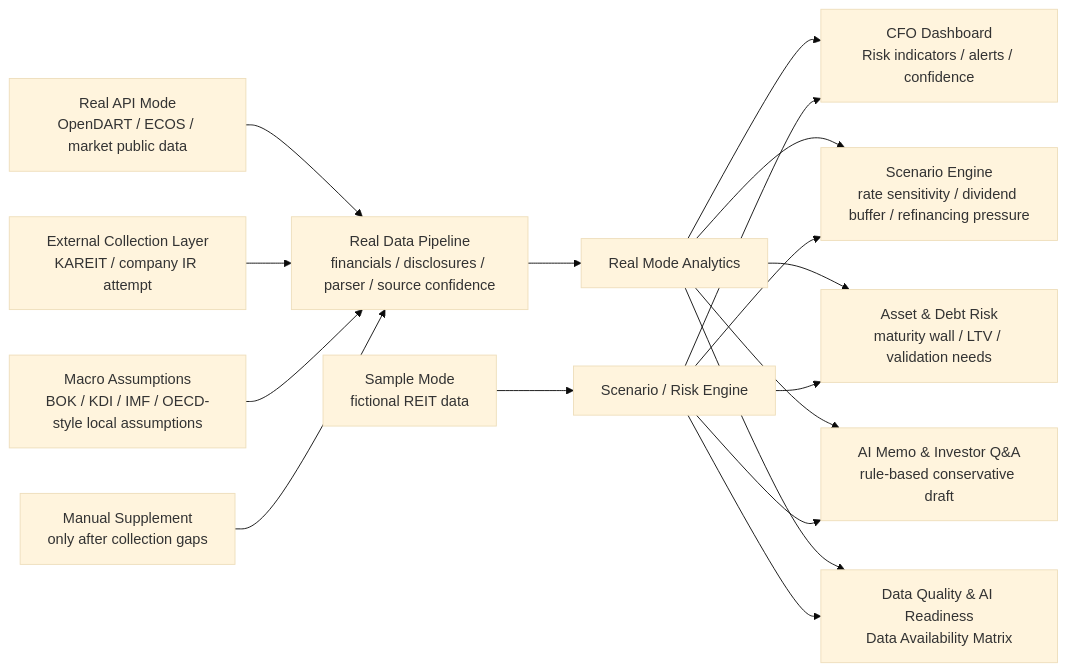
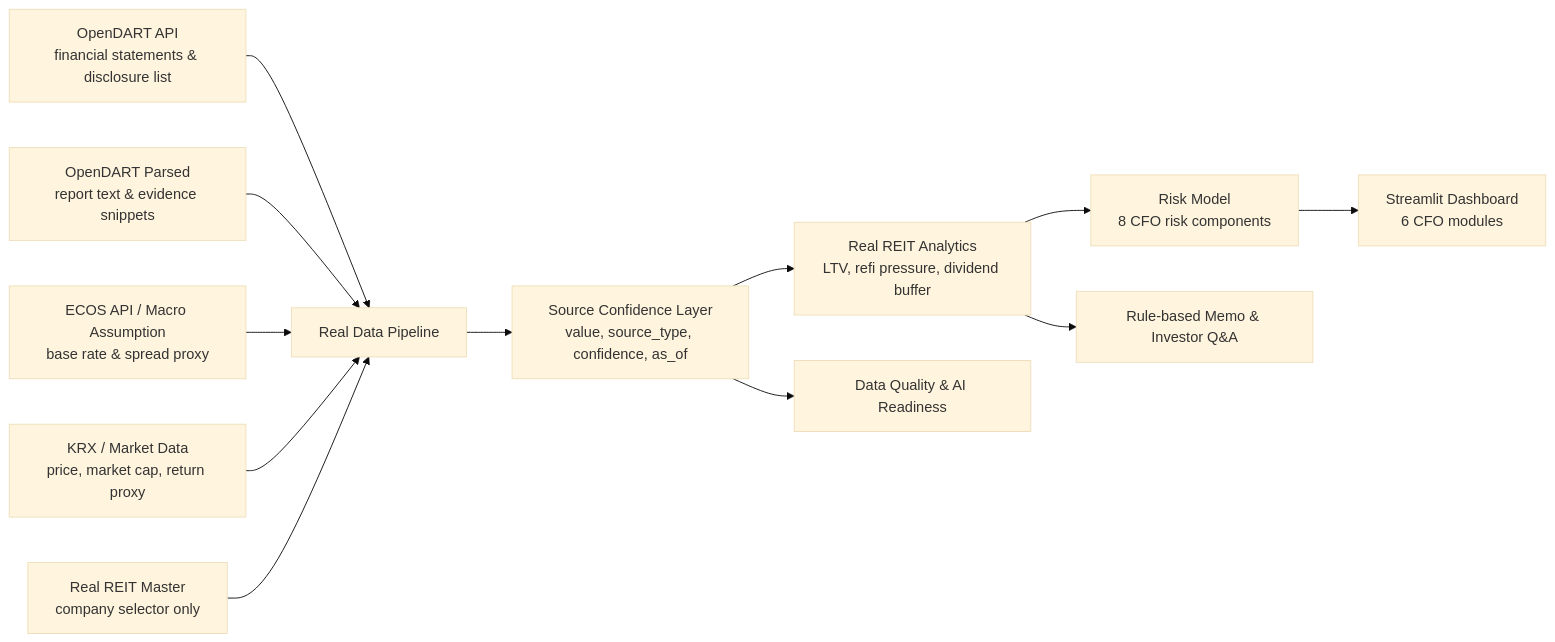
One commit to hahnjune0118/k-reit-cfo-copilot changed the diagram in README.md. Above: the diagram before and after it, drawn with Mermaid (base theme). The commit also changed other lines of this file and 26 other files, not shown here.

Commit message:
v12 API-first CFO Intelligence upgrade

````diff
--- a/README.md
+++ b/README.md
@@ -40,19 +36,14 @@
 ```mermaid
 flowchart LR
-    A["Sample Mode<br/>fictional REIT data"] --> C["Scenario / Risk Engine"]
-    B["Real API Mode<br/>OpenDART / ECOS / market public data"] --> L["Real Data Pipeline<br/>financials / disclosures / parser / source confidence"]
-    M["External Collection Layer<br/>KAREIT / company IR attempt"] --> L
-    E["Macro Assumptions<br/>BOK / KDI / IMF / OECD-style local assumptions"] --> L
-    F["Manual Supplement<br/>only after collection gaps"] --> L
-    L --> D["Real Mode Analytics"]
-    D --> G["CFO Dashboard<br/>Risk indicators / alerts / confidence"]
-    D --> H["Scenario Engine<br/>rate sensitivity / dividend buffer / refinancing pressure"]
-    D --> I["Asset & Debt Risk<br/>maturity wall / LTV / validation needs"]
-    D --> J["AI Memo & Investor Q&A<br/>rule-based conservative draft"]
-    D --> K["Data Quality & AI Readiness<br/>Data Availability Matrix"]
-    C --> G
-    C --> H
-    C --> I
-    C --> J
-    C --> K
+    A["OpenDART API<br/>financial statements & disclosure list"] --> D["Real Data Pipeline"]
+    B["OpenDART Parsed<br/>report text & evidence snippets"] --> D
+    C["ECOS API / Macro Assumption<br/>base rate & spread proxy"] --> D
+    M["KRX / Market Data<br/>price, market cap, return proxy"] --> D
+    R["Real REIT Master<br/>company selector only"] --> D
+    D --> S["Source Confidence Layer<br/>value, source_type, confidence, as_of"]
+    S --> E["Real REIT Analytics<br/>LTV, refi pressure, dividend buffer"]
+    E --> F["Risk Model<br/>8 CFO risk components"]
+    F --> G["Streamlit Dashboard<br/>6 CFO modules"]
+    E --> H["Rule-based Memo & Investor Q&A"]
+    S --> I["Data Quality & AI Readiness"]
 ```
````
